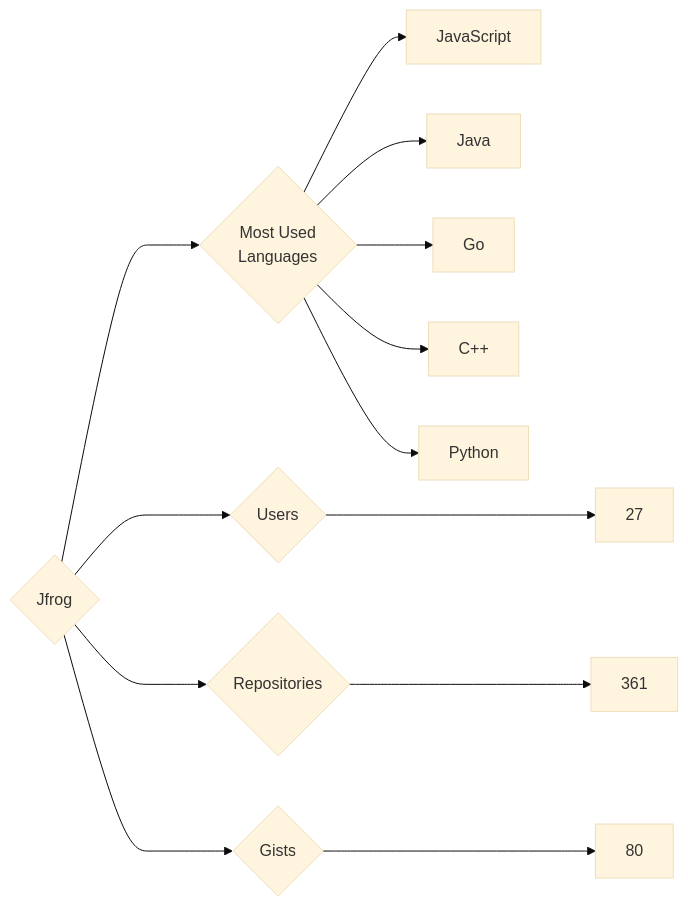
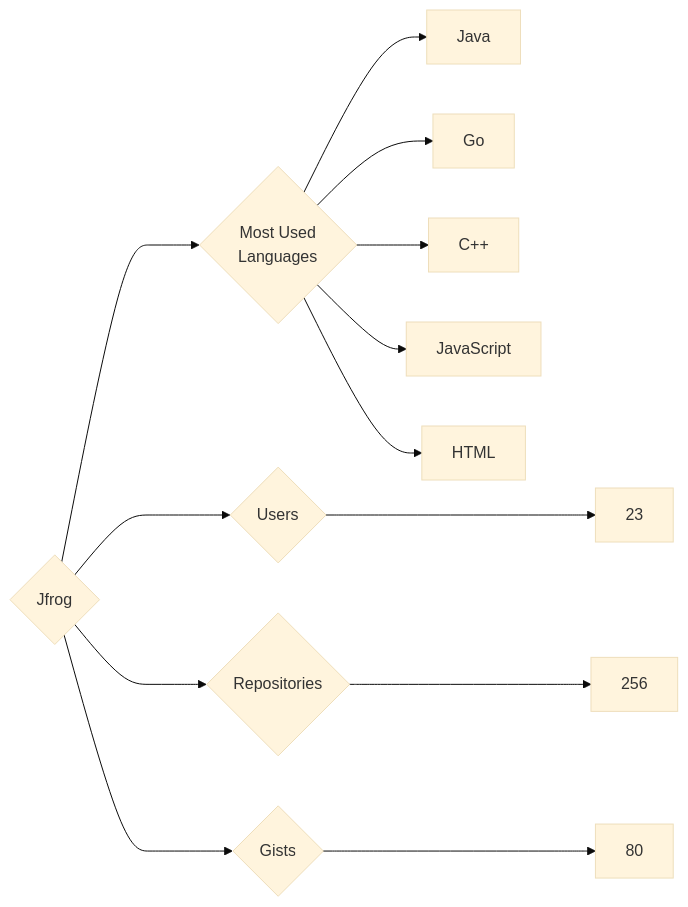
Before and after one commit to trickest/insiders: the diagram in targets/Jfrog/README.md, drawn with Mermaid (base theme). The commit also changed 681 other files, not shown here.

````diff
--- a/targets/Jfrog/README.md
+++ b/targets/Jfrog/README.md
@@ -3,13 +3,13 @@
 ```mermaid
 graph LR
 COMPANY_NAME{Jfrog}
-COMPANY_NAME ---> U{Users} ---> UN[27]
-COMPANY_NAME ---> R{Repositories} ---> RN[361]
+COMPANY_NAME ---> U{Users} ---> UN[23]
+COMPANY_NAME ---> R{Repositories} ---> RN[256]
 COMPANY_NAME ---> G{Gists} ---> GN[80]
 COMPANY_NAME ---> ML{Most Used<br>Languages}
-ML --> JavaScript[JavaScript]
 ML --> Java[Java]
 ML --> Go[Go]
 ML --> C++[C++]
-ML --> Python[Python]
+ML --> JavaScript[JavaScript]
+ML --> HTML[HTML]
 ```
````
